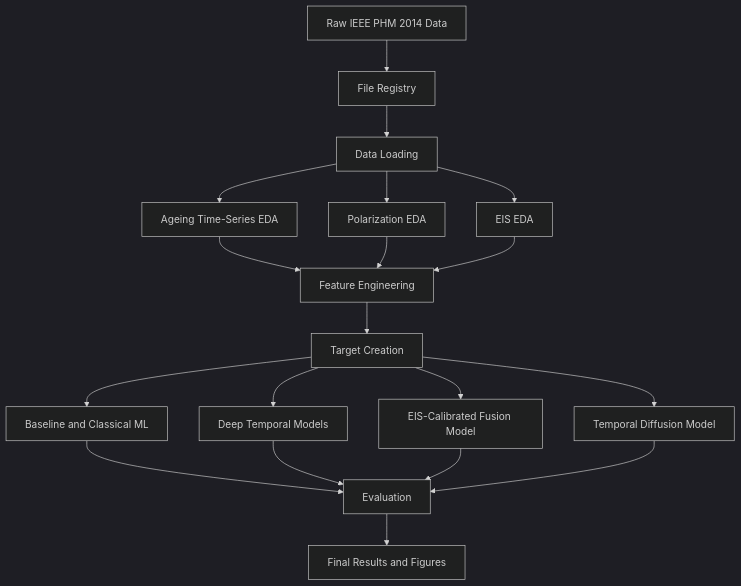
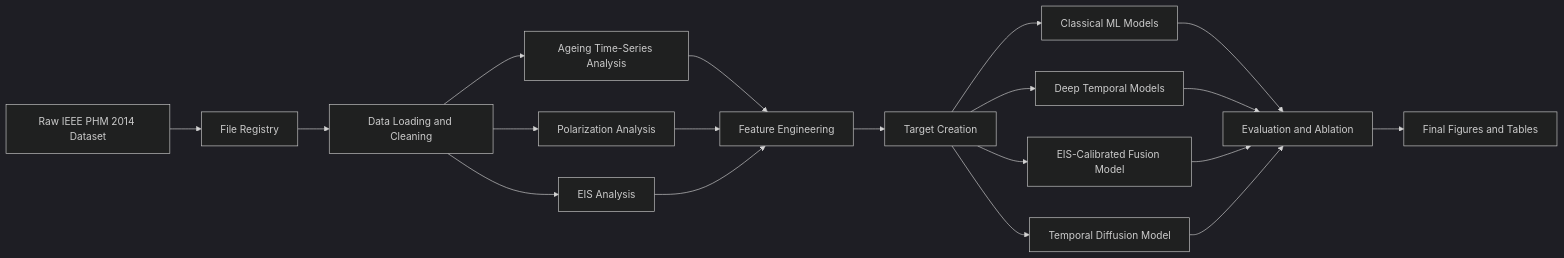
One commit to psrajoria/pemfc_prognostics changed the first of 2 diagrams in README.md. Above: the diagram before and after it, drawn with Mermaid (dark theme). The commit also changed other lines of this file, not shown here.

````diff
--- a/README.md
+++ b/README.md
@@ -189,27 +127,27 @@
 ```mermaid
-flowchart TD
-    A[Raw IEEE PHM 2014 Data] --> B[File Registry]
-    B --> C[Data Loading]
+flowchart LR
+    A[Raw IEEE PHM 2014 Dataset] --> B[File Registry]
+    B --> C[Data Loading and Cleaning]
 
-    C --> D1[Ageing Time-Series EDA]
-    C --> D2[Polarization EDA]
-    C --> D3[EIS EDA]
+    C --> D1[Ageing Time-Series Analysis]
+    C --> D2[Polarization Analysis]
+    C --> D3[EIS Analysis]
 
     D1 --> E[Feature Engineering]
     D2 --> E
     D3 --> E
 
     E --> F[Target Creation]
 
-    F --> G1[Baseline and Classical ML]
+    F --> G1[Classical ML Models]
     F --> G2[Deep Temporal Models]
     F --> G3[EIS-Calibrated Fusion Model]
     F --> G4[Temporal Diffusion Model]
 
-    G1 --> H[Evaluation]
+    G1 --> H[Evaluation and Ablation]
     G2 --> H
     G3 --> H
     G4 --> H
 
-    H --> I[Final Results and Figures]
+    H --> I[Final Figures and Tables]
 ```
````
